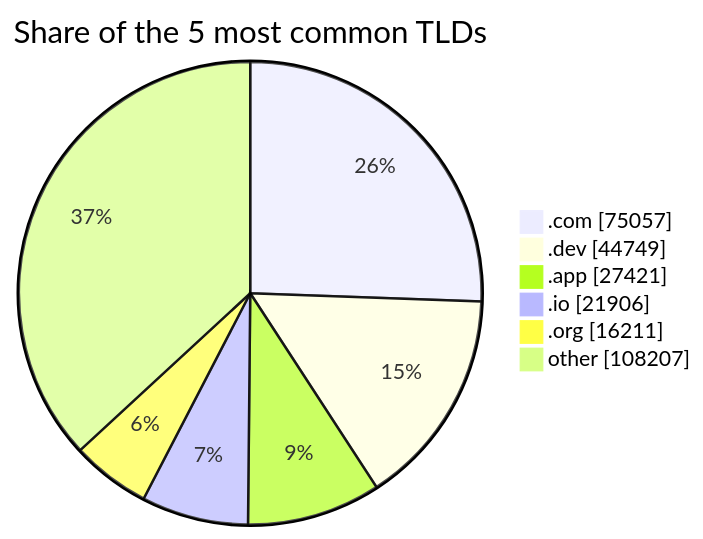
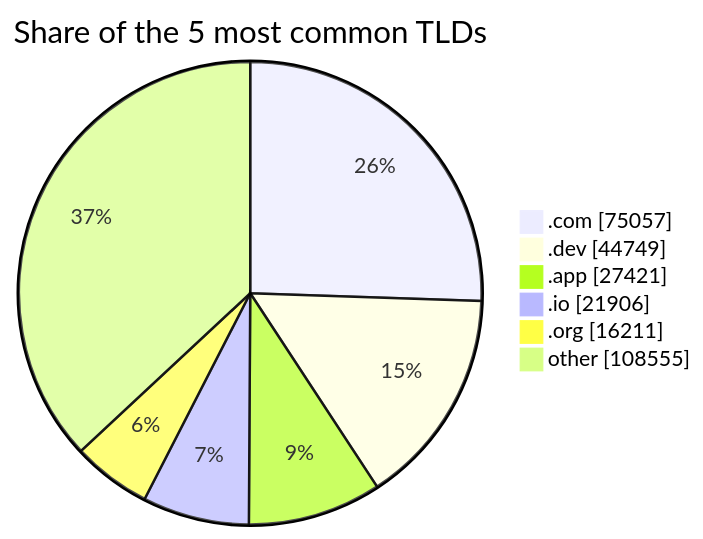
Before and after one commit to DNSBunker/CTI: the third of 3 diagrams in README.md, drawn with Mermaid. The commit also changed other lines of this file and 3 other files, not shown here.

````diff
--- a/README.md
+++ b/README.md
@@ -81,9 +81,9 @@
 ```mermaid
 pie showData title Share of the 5 most common TLDs
     ".com" : 75057
     ".dev" : 44749
     ".app" : 27421
     ".io" : 21906
     ".org" : 16211
-    "other" : 108207
+    "other" : 108555
 ```
````
